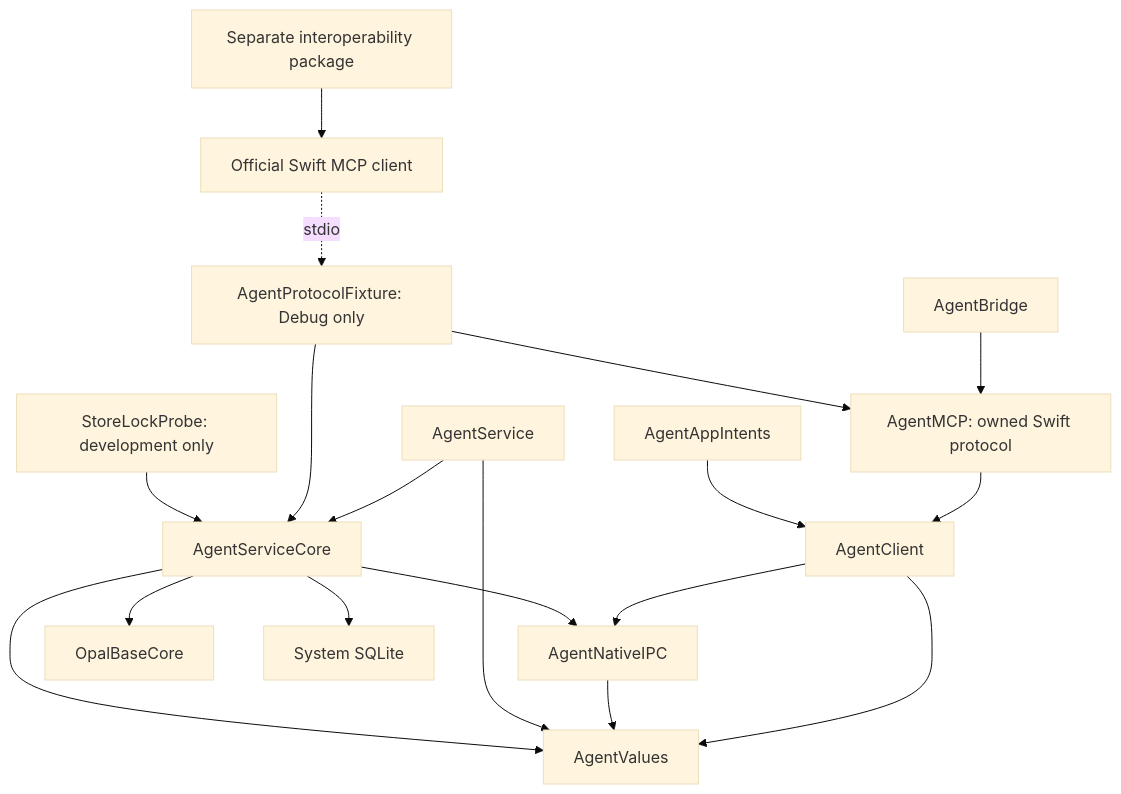
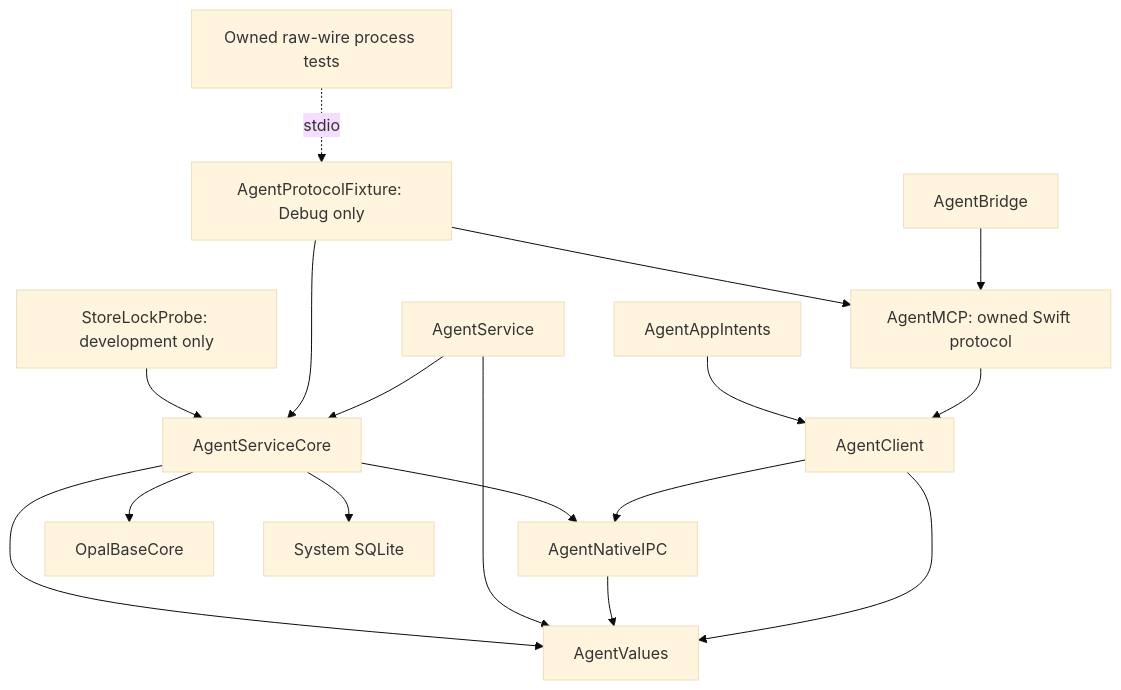
Before and after one commit to 58opals/OpalAgent: the first of 4 diagrams in Documentation/Architecture.md, drawn with Mermaid (base theme). The commit also changed other lines of this file and 11 other files, not shown here.

First line of the commit message:
refactor(mcp): remove the external SDK test harness

````diff
--- a/Documentation/Architecture.md
+++ b/Documentation/Architecture.md
@@ -7,20 +7,19 @@
 ```mermaid
 flowchart TD
     Bridge[AgentBridge] --> MCPAdapter[AgentMCP: owned Swift protocol]
     MCPAdapter --> Client[AgentClient]
     AppleAdapter[AgentAppIntents] --> Client
     Client --> Values[AgentValues]
     Client --> IPC[AgentNativeIPC]
     IPC --> Values
     Service[AgentService] --> Values
     Service --> Core[AgentServiceCore]
     Core --> Values
     Core --> IPC
     Core --> BCH[OpalBaseCore]
     Core --> SQL[System SQLite]
     Fixture[AgentProtocolFixture: Debug only] --> Core
     Fixture --> MCPAdapter
-    Tests[Separate interoperability package] --> SDK[Official Swift MCP client]
-    SDK -. stdio .-> Fixture
+    Tests[Owned raw-wire process tests] -. stdio .-> Fixture
     Probe[StoreLockProbe: development only] --> Core
 ```
````
